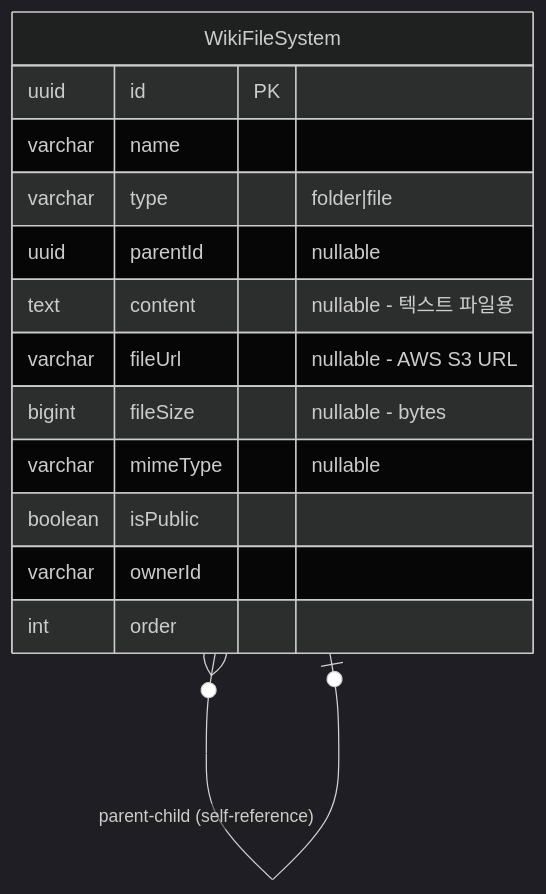
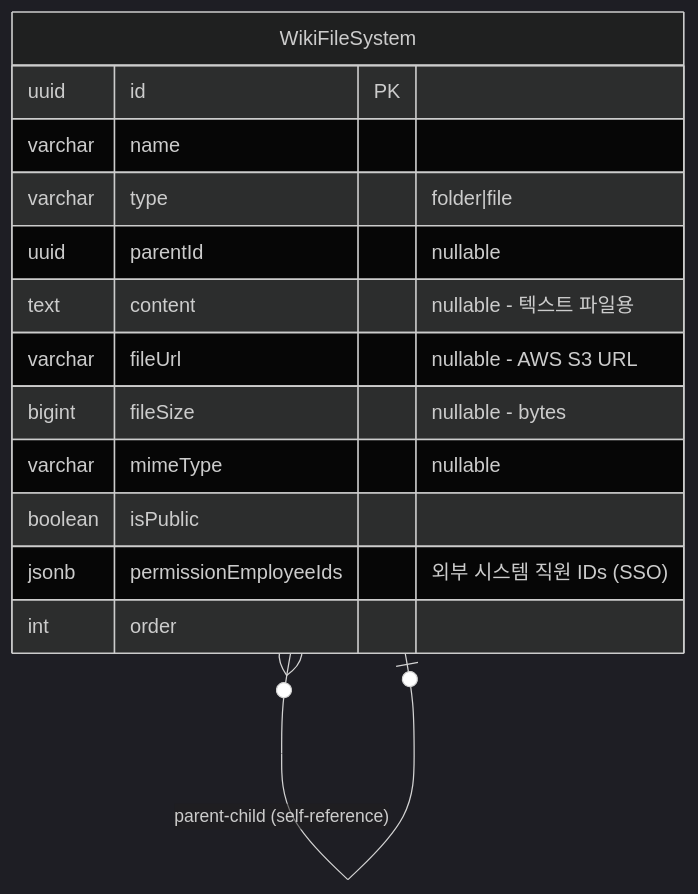
Before and after one commit to GTD-web/Back_ContentsManagementSystem: the seventh of 7 diagrams in docs/er-diagram.md, drawn with Mermaid (dark theme). The commit also changed other lines of this file and 1 other file, not shown here.

````diff
--- a/docs/er-diagram.md
+++ b/docs/er-diagram.md
@@ -595,18 +752,18 @@
 ```mermaid
 erDiagram
     WikiFileSystem {
         uuid id PK
         varchar name
         varchar type "folder|file"
         uuid parentId "nullable"
         text content "nullable - 텍스트 파일용"
         varchar fileUrl "nullable - AWS S3 URL"
         bigint fileSize "nullable - bytes"
         varchar mimeType "nullable"
         boolean isPublic
-        varchar ownerId
+        jsonb permissionEmployeeIds "외부 시스템 직원 IDs (SSO)"
         int order
     }
     
     WikiFileSystem }o--o| WikiFileSystem : "parent-child (self-reference)"
 ```
````
